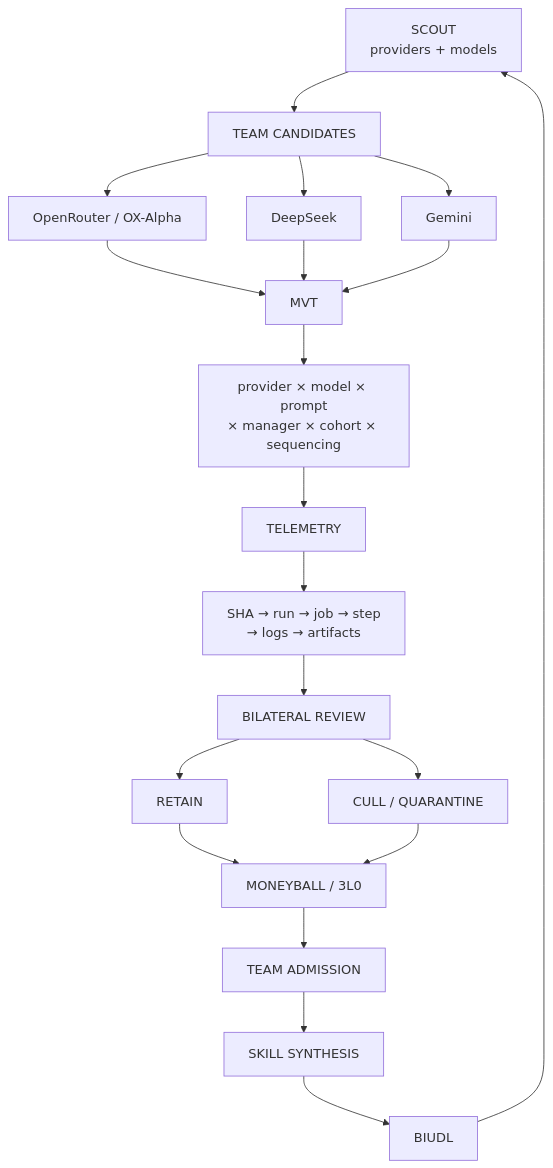
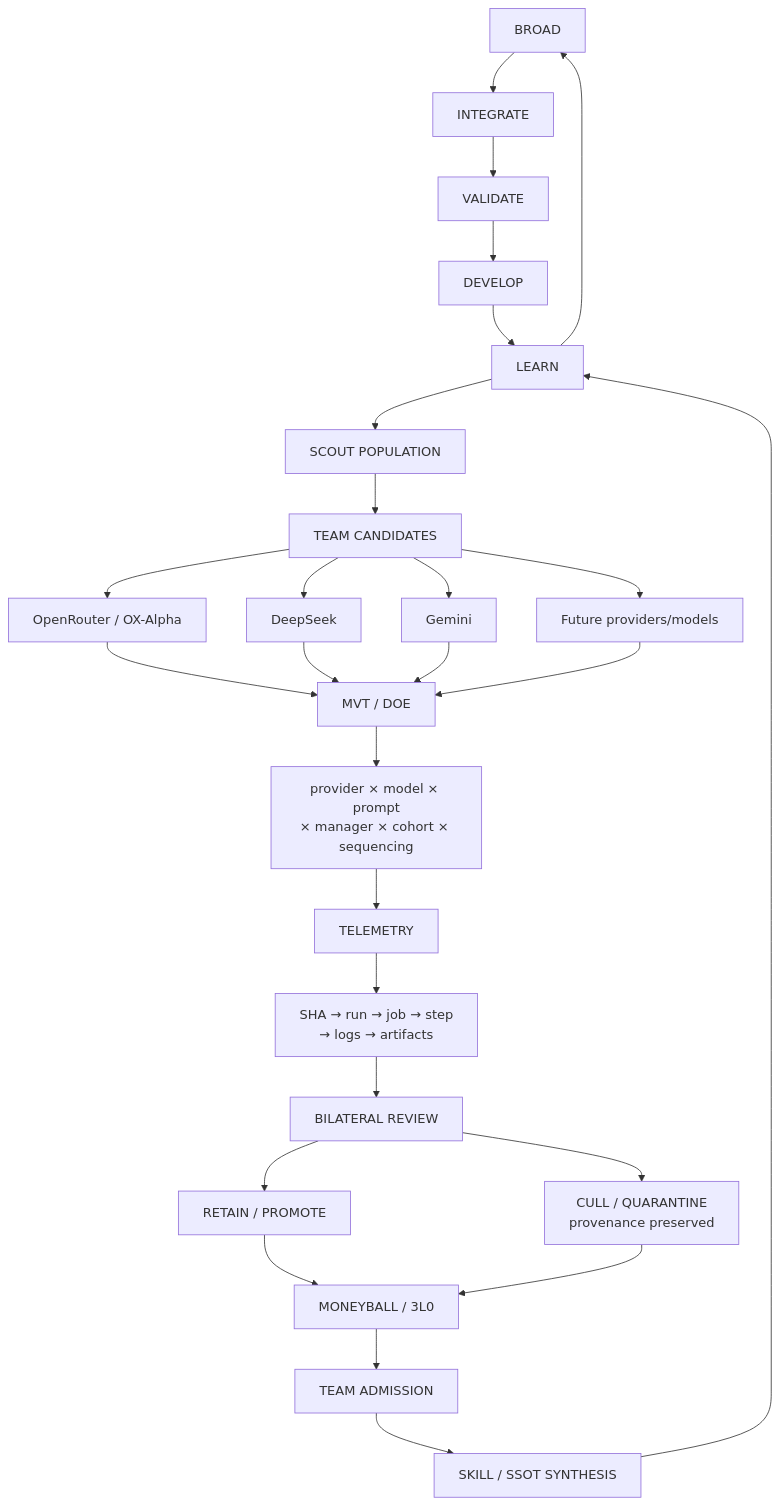
Before and after one commit to timerloggedout-spec/termux-monorepo: the diagram in docs/architecture/AGENT-TEAM-CONTROL-PLANE.mmd, drawn with Mermaid. The commit also changed other lines of this file, not shown here.

Commit message:
docs: align control plane chart with BIUDL

````diff
--- a/docs/architecture/AGENT-TEAM-CONTROL-PLANE.mmd
+++ b/docs/architecture/AGENT-TEAM-CONTROL-PLANE.mmd
@@ -1,22 +1,31 @@
 ```mermaid
 flowchart TD
-    S[SCOUT\nproviders + models] --> C[TEAM CANDIDATES]
+    B[BROAD] --> I[INTEGRATE]
+    I --> V[VALIDATE]
+    V --> D[DEVELOP]
+    D --> L[LEARN]
+    L --> B
+
+    L --> S[SCOUT POPULATION]
+    S --> C[TEAM CANDIDATES]
     C --> OA[OpenRouter / OX-Alpha]
     C --> DS[DeepSeek]
     C --> GM[Gemini]
-    OA --> MVT[MVT]
-    DS --> MVT
-    GM --> MVT
-    MVT --> MX[provider × model × prompt\n× manager × cohort × sequencing]
+    C --> F[Future providers/models]
+
+    OA --> E[MVT / DOE]
+    DS --> E
+    GM --> E
+    F --> E
+    E --> MX[provider × model × prompt\n× manager × cohort × sequencing]
     MX --> T[TELEMETRY]
-    T --> L[SHA → run → job → step\n→ logs → artifacts]
-    L --> R[BILATERAL REVIEW]
-    R --> K[RETAIN]
-    R --> X[CULL / QUARANTINE]
+    T --> R[SHA → run → job → step\n→ logs → artifacts]
+    R --> CR[BILATERAL REVIEW]
+    CR --> K[RETAIN / PROMOTE]
+    CR --> X[CULL / QUARANTINE\nprovenance preserved]
     K --> MB[MONEYBALL / 3L0]
     X --> MB
     MB --> A[TEAM ADMISSION]
-    A --> SS[SKILL SYNTHESIS]
-    SS --> B[BIUDL]
-    B --> S
+    A --> SS[SKILL / SSOT SYNTHESIS]
+    SS --> L
 ```
````
